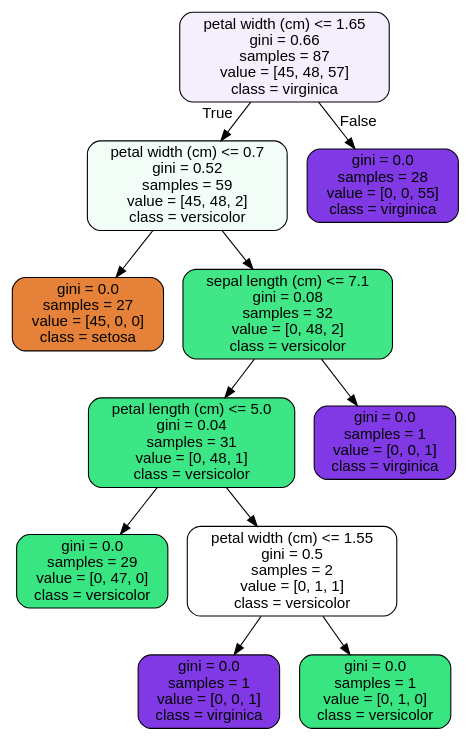
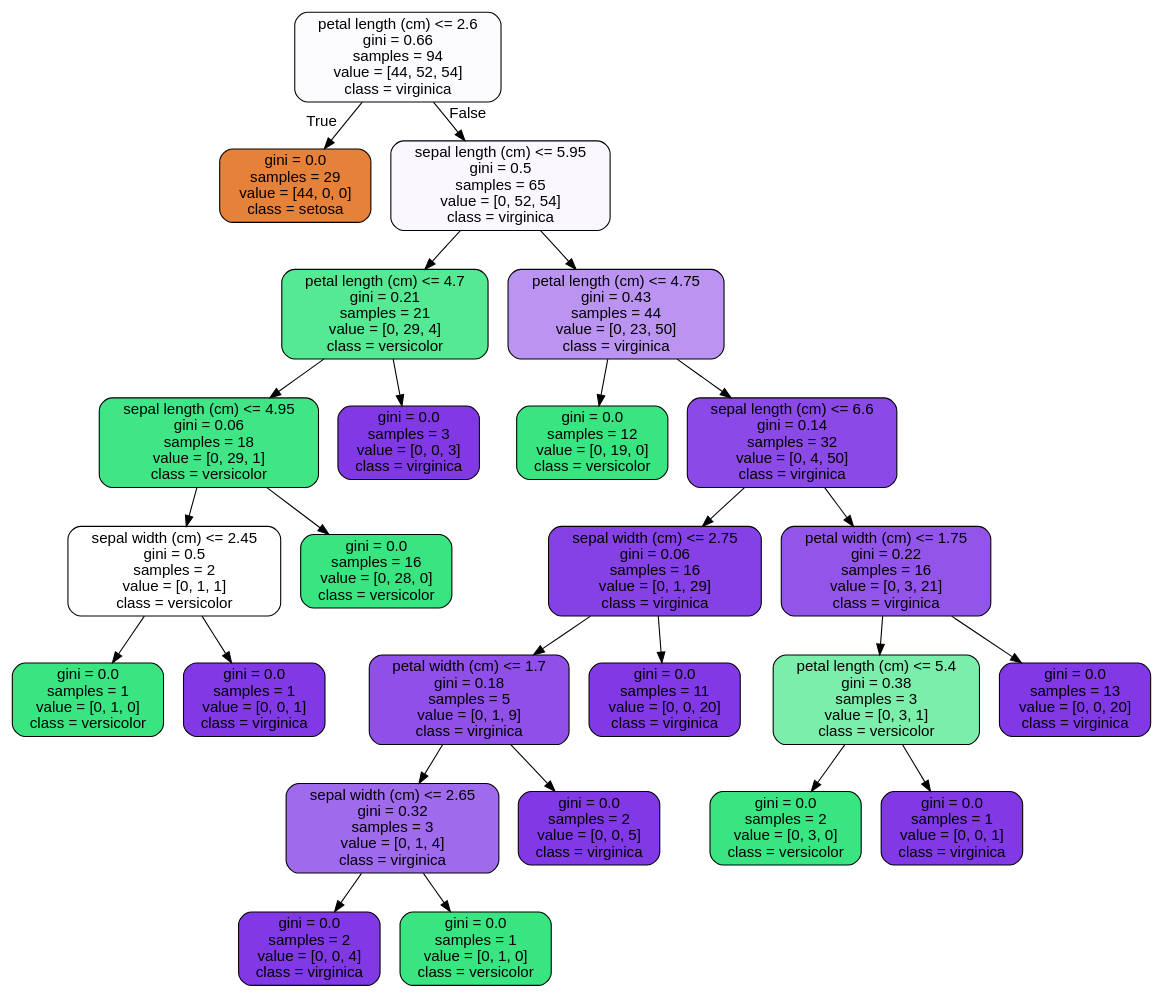
The diagram in supervised-learning/random-forest/tree.dot (dcyoung23/dsc-springboard), drawn with Graphviz before and after one commit. The commit also changed 2 other files, not shown here.

```diff
--- a/supervised-learning/random-forest/tree.dot
+++ b/supervised-learning/random-forest/tree.dot
@@ -1,25 +1,53 @@
 digraph Tree {
 node [shape=box, style="filled, rounded", color="black", fontname=helvetica] ;
 edge [fontname=helvetica] ;
-0 [label="petal width (cm) <= 1.65\ngini = 0.66\nsamples = 87\nvalue = [45, 48, 57]\nclass = virginica", fillcolor="#f4eefd"] ;
-1 [label="petal width (cm) <= 0.7\ngini = 0.52\nsamples = 59\nvalue = [45, 48, 2]\nclass = versicolor", fillcolor="#f3fdf7"] ;
+0 [label="petal length (cm) <= 2.6\ngini = 0.66\nsamples = 94\nvalue = [44, 52, 54]\nclass = virginica", fillcolor="#fcfbfe"] ;
+1 [label="gini = 0.0\nsamples = 29\nvalue = [44, 0, 0]\nclass = setosa", fillcolor="#e58139"] ;
 0 -> 1 [labeldistance=2.5, labelangle=45, headlabel="True"] ;
-2 [label="gini = 0.0\nsamples = 27\nvalue = [45, 0, 0]\nclass = setosa", fillcolor="#e58139"] ;
-1 -> 2 ;
-3 [label="sepal length (cm) <= 7.1\ngini = 0.08\nsamples = 32\nvalue = [0, 48, 2]\nclass = versicolor", fillcolor="#41e686"] ;
-1 -> 3 ;
-4 [label="petal length (cm) <= 5.0\ngini = 0.04\nsamples = 31\nvalue = [0, 48, 1]\nclass = versicolor", fillcolor="#3de684"] ;
+2 [label="sepal length (cm) <= 5.95\ngini = 0.5\nsamples = 65\nvalue = [0, 52, 54]\nclass = virginica", fillcolor="#faf8fe"] ;
+0 -> 2 [labeldistance=2.5, labelangle=-45, headlabel="False"] ;
+3 [label="petal length (cm) <= 4.7\ngini = 0.21\nsamples = 21\nvalue = [0, 29, 4]\nclass = versicolor", fillcolor="#54e992"] ;
+2 -> 3 ;
+4 [label="sepal length (cm) <= 4.95\ngini = 0.06\nsamples = 18\nvalue = [0, 29, 1]\nclass = versicolor", fillcolor="#40e685"] ;
 3 -> 4 ;
-5 [label="gini = 0.0\nsamples = 29\nvalue = [0, 47, 0]\nclass = versicolor", fillcolor="#39e581"] ;
+5 [label="sepal width (cm) <= 2.45\ngini = 0.5\nsamples = 2\nvalue = [0, 1, 1]\nclass = versicolor", fillcolor="#ffffff"] ;
 4 -> 5 ;
-6 [label="petal width (cm) <= 1.55\ngini = 0.5\nsamples = 2\nvalue = [0, 1, 1]\nclass = versicolor", fillcolor="#ffffff"] ;
-4 -> 6 ;
+6 [label="gini = 0.0\nsamples = 1\nvalue = [0, 1, 0]\nclass = versicolor", fillcolor="#39e581"] ;
+5 -> 6 ;
 7 [label="gini = 0.0\nsamples = 1\nvalue = [0, 0, 1]\nclass = virginica", fillcolor="#8139e5"] ;
-6 -> 7 ;
-8 [label="gini = 0.0\nsamples = 1\nvalue = [0, 1, 0]\nclass = versicolor", fillcolor="#39e581"] ;
-6 -> 8 ;
-9 [label="gini = 0.0\nsamples = 1\nvalue = [0, 0, 1]\nclass = virginica", fillcolor="#8139e5"] ;
+5 -> 7 ;
+8 [label="gini = 0.0\nsamples = 16\nvalue = [0, 28, 0]\nclass = versicolor", fillcolor="#39e581"] ;
+4 -> 8 ;
+9 [label="gini = 0.0\nsamples = 3\nvalue = [0, 0, 3]\nclass = virginica", fillcolor="#8139e5"] ;
 3 -> 9 ;
-10 [label="gini = 0.0\nsamples = 28\nvalue = [0, 0, 55]\nclass = virginica", fillcolor="#8139e5"] ;
-0 -> 10 [labeldistance=2.5, labelangle=-45, headlabel="False"] ;
+10 [label="petal length (cm) <= 4.75\ngini = 0.43\nsamples = 44\nvalue = [0, 23, 50]\nclass = virginica", fillcolor="#bb94f1"] ;
+2 -> 10 ;
+11 [label="gini = 0.0\nsamples = 12\nvalue = [0, 19, 0]\nclass = versicolor", fillcolor="#39e581"] ;
+10 -> 11 ;
+12 [label="sepal length (cm) <= 6.6\ngini = 0.14\nsamples = 32\nvalue = [0, 4, 50]\nclass = virginica", fillcolor="#8b49e7"] ;
+10 -> 12 ;
+13 [label="sepal width (cm) <= 2.75\ngini = 0.06\nsamples = 16\nvalue = [0, 1, 29]\nclass = virginica", fillcolor="#8540e6"] ;
+12 -> 13 ;
+14 [label="petal width (cm) <= 1.7\ngini = 0.18\nsamples = 5\nvalue = [0, 1, 9]\nclass = virginica", fillcolor="#8f4fe8"] ;
+13 -> 14 ;
+15 [label="sepal width (cm) <= 2.65\ngini = 0.32\nsamples = 3\nvalue = [0, 1, 4]\nclass = virginica", fillcolor="#a06aec"] ;
+14 -> 15 ;
+16 [label="gini = 0.0\nsamples = 2\nvalue = [0, 0, 4]\nclass = virginica", fillcolor="#8139e5"] ;
+15 -> 16 ;
+17 [label="gini = 0.0\nsamples = 1\nvalue = [0, 1, 0]\nclass = versicolor", fillcolor="#39e581"] ;
+15 -> 17 ;
+18 [label="gini = 0.0\nsamples = 2\nvalue = [0, 0, 5]\nclass = virginica", fillcolor="#8139e5"] ;
+14 -> 18 ;
+19 [label="gini = 0.0\nsamples = 11\nvalue = [0, 0, 20]\nclass = virginica", fillcolor="#8139e5"] ;
+13 -> 19 ;
+20 [label="petal width (cm) <= 1.75\ngini = 0.22\nsamples = 16\nvalue = [0, 3, 21]\nclass = virginica", fillcolor="#9355e9"] ;
+12 -> 20 ;
+21 [label="petal length (cm) <= 5.4\ngini = 0.38\nsamples = 3\nvalue = [0, 3, 1]\nclass = versicolor", fillcolor="#7beeab"] ;
+20 -> 21 ;
+22 [label="gini = 0.0\nsamples = 2\nvalue = [0, 3, 0]\nclass = versicolor", fillcolor="#39e581"] ;
+21 -> 22 ;
+23 [label="gini = 0.0\nsamples = 1\nvalue = [0, 0, 1]\nclass = virginica", fillcolor="#8139e5"] ;
+21 -> 23 ;
+24 [label="gini = 0.0\nsamples = 13\nvalue = [0, 0, 20]\nclass = virginica", fillcolor="#8139e5"] ;
+20 -> 24 ;
 }
```
